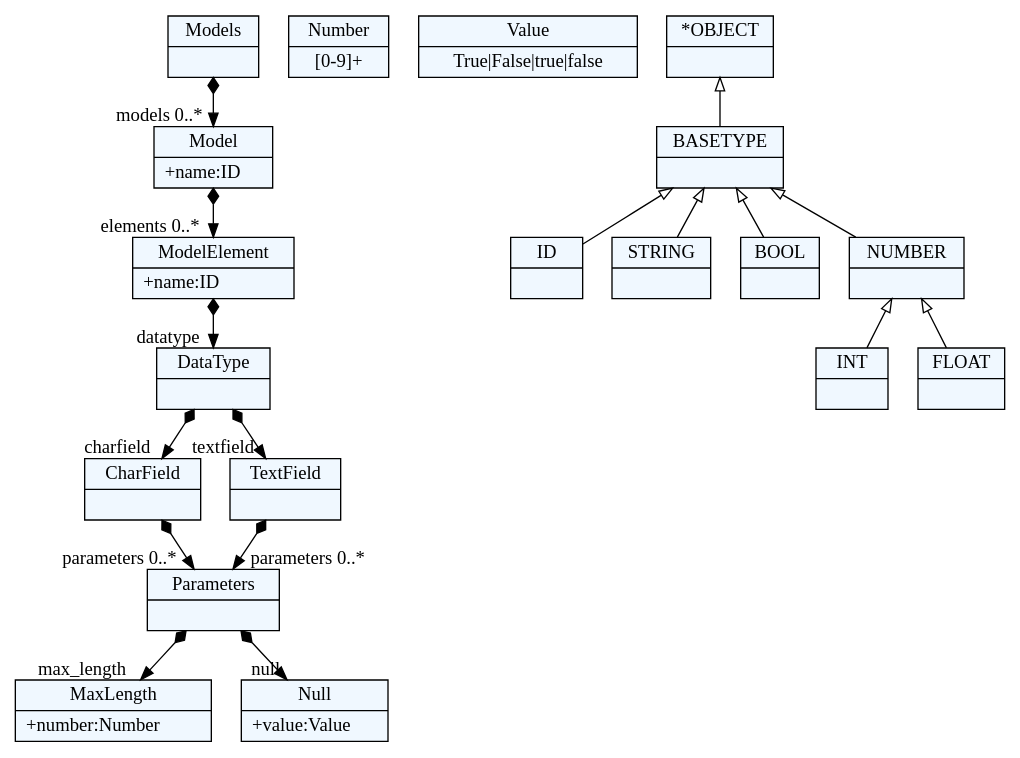
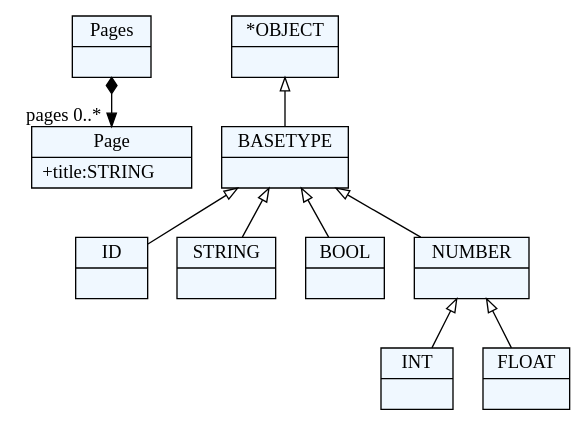
The diagram in JSD/grammer.dot (jovana992/jsd2017), drawn with Graphviz before and after one commit. The commit also changed 6 other files, not shown here.

```diff
--- a/JSD/grammer.dot
+++ b/JSD/grammer.dot
@@ -1,69 +1,43 @@
 
     digraph xtext {
     fontname = "Bitstream Vera Sans"
     fontsize = 8
     node[
         shape=record,
         style=filled,
         fillcolor=aliceblue
     ]
     nodesep = 0.3
     edge[dir=black,arrowtail=empty]
 
 
-2022436901160 -> 2022436894552[arrowtail=diamond, dir=both, headlabel="models 0..*"]
-2022436901160[ label="{Models|}"]
+1907492519080 -> 1907492531352[arrowtail=diamond, dir=both, headlabel="pages 0..*"]
+1907492519080[ label="{Pages|}"]
 
-2022436894552 -> 2022436907768[arrowtail=diamond, dir=both, headlabel="elements 0..*"]
-2022436894552[ label="{Model|+name:ID\l}"]
+1907492531352[ label="{Page|+title:STRING\l}"]
 
-2022436907768 -> 2022436886056[arrowtail=diamond, dir=both, headlabel="datatype "]
-2022436907768[ label="{ModelElement|+name:ID\l}"]
+1907491723112[ label="{ID|}"]
 
-2022436886056 -> 2022436903048[arrowtail=diamond, dir=both, headlabel="charfield "]
-2022436886056 -> 2022436913432[arrowtail=diamond, dir=both, headlabel="textfield "]
-2022436886056[ label="{DataType|}"]
+1907492528520[ label="{STRING|}"]
 
-2022436903048 -> 2022436883224[arrowtail=diamond, dir=both, headlabel="parameters 0..*"]
-2022436903048[ label="{CharField|}"]
+1907492520024[ label="{BOOL|}"]
 
-2022436913432 -> 2022436883224[arrowtail=diamond, dir=both, headlabel="parameters 0..*"]
-2022436913432[ label="{TextField|}"]
+1907492512472[ label="{INT|}"]
 
-2022436883224 -> 2022436916264[arrowtail=diamond, dir=both, headlabel="max_length "]
-2022436883224 -> 2022436926648[arrowtail=diamond, dir=both, headlabel="null "]
-2022436883224[ label="{Parameters|}"]
+1907492530408[ label="{FLOAT|}"]
 
-2022436916264[ label="{MaxLength|+number:Number\l}"]
+1907492516248[ label="{NUMBER|}"]
+1907492516248 -> 1907492530408 [dir=back]
+1907492516248 -> 1907492512472 [dir=back]
 
-2022436918152[ label="{Number|[0-9]+}"]
+1907492523800[ label="{BASETYPE|}"]
+1907492523800 -> 1907492516248 [dir=back]
+1907492523800 -> 1907492520024 [dir=back]
+1907492523800 -> 1907491723112 [dir=back]
+1907492523800 -> 1907492528520 [dir=back]
 
-2022436926648[ label="{Null|+value:Value\l}"]
-
-2022436903992[ label="{Value|True\|False\|true\|false}"]
-
-2022436083832[ label="{ID|}"]
-
-2022436893608[ label="{STRING|}"]
-
-2022436888888[ label="{BOOL|}"]
-
-2022436889832[ label="{INT|}"]
-
-2022436904936[ label="{FLOAT|}"]
-
-2022436899272[ label="{NUMBER|}"]
-2022436899272 -> 2022436904936 [dir=back]
-2022436899272 -> 2022436889832 [dir=back]
-
-2022436900216[ label="{BASETYPE|}"]
-2022436900216 -> 2022436899272 [dir=back]
-2022436900216 -> 2022436888888 [dir=back]
-2022436900216 -> 2022436083832 [dir=back]
-2022436900216 -> 2022436893608 [dir=back]
-
-2022436908712[ label="{*OBJECT|}"]
-2022436908712 -> 2022436900216 [dir=back]
+1907492510584[ label="{*OBJECT|}"]
+1907492510584 -> 1907492523800 [dir=back]
 
 
 }
```
